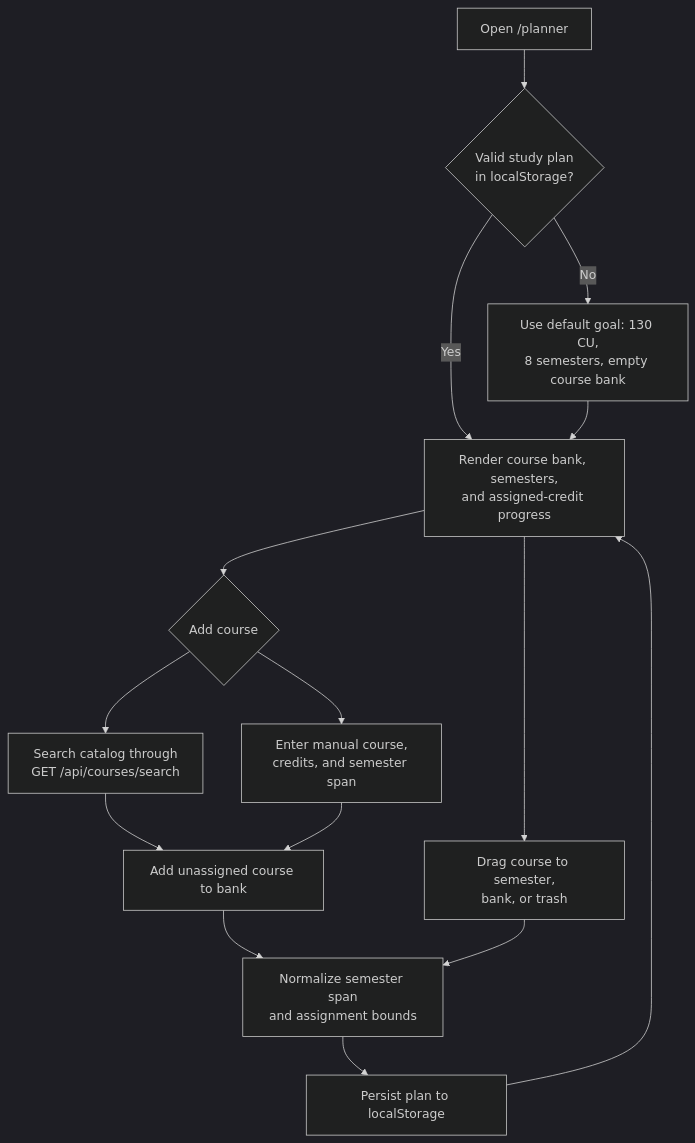
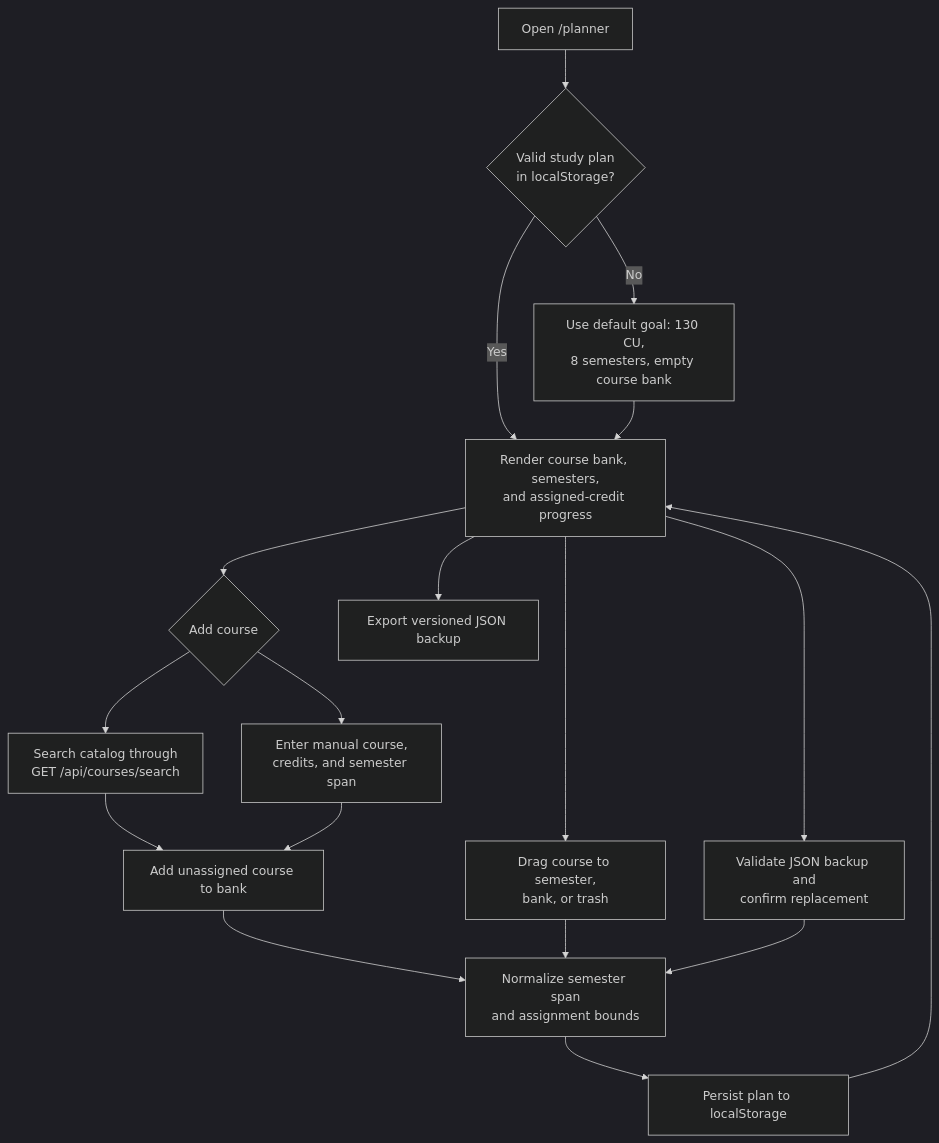
The fifth of 12 diagrams in docs/DeveloperGuide.md (lester-td/SUSSplanner), drawn with Mermaid (dark theme) before and after one commit. The commit also changed other lines of this file and 6 other files, not shown here.

````diff
--- a/docs/DeveloperGuide.md
+++ b/docs/DeveloperGuide.md
@@ -587,29 +587,34 @@
 ```mermaid
 flowchart TD
     Open["Open /planner"]
     Restore{"Valid study plan<br/>in localStorage?"}
     Default["Use default goal: 130 CU,<br/>8 semesters, empty course bank"]
     Ready["Render course bank, semesters,<br/>and assigned-credit progress"]
     Add{"Add course"}
     Catalog["Search catalog through<br/>GET /api/courses/search"]
     Manual["Enter manual course,<br/>credits, and semester span"]
     Bank["Add unassigned course to bank"]
     Arrange["Drag course to semester,<br/>bank, or trash"]
     Normalize["Normalize semester span<br/>and assignment bounds"]
     Persist["Persist plan to localStorage"]
+    Export["Export versioned JSON backup"]
+    Import["Validate JSON backup and<br/>confirm replacement"]
 
     Open --> Restore
     Restore -->|No| Default
     Restore -->|Yes| Ready
     Default --> Ready
     Ready --> Add
     Add --> Catalog
     Add --> Manual
     Catalog --> Bank
     Manual --> Bank
     Bank --> Normalize
     Ready --> Arrange
     Arrange --> Normalize
     Normalize --> Persist
     Persist --> Ready
+    Ready --> Export
+    Ready --> Import
+    Import --> Normalize
 ```
````
